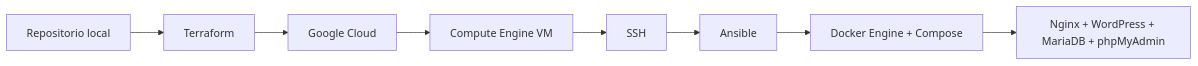
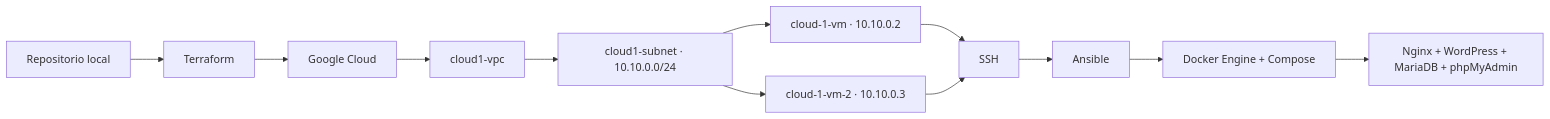
The first of 3 diagrams in README.md (Augustojrl92/cloud-1), drawn with Mermaid before and after one commit. The commit also changed other lines of this file, not shown here.

Commit message:
docs: update README with custom VPC

````diff
--- a/README.md
+++ b/README.md
@@ -15,10 +16,14 @@
 ```mermaid
 flowchart LR
     Repo["Repositorio local"] --> TF["Terraform"]
     TF --> GCP["Google Cloud"]
-    GCP --> VM["Compute Engine VM"]
-    VM --> SSH["SSH"]
+    GCP --> VPC["cloud1-vpc"]
+    VPC --> SUBNET["cloud1-subnet · 10.10.0.0/24"]
+    SUBNET --> VM1["cloud-1-vm · 10.10.0.2"]
+    SUBNET --> VM2["cloud-1-vm-2 · 10.10.0.3"]
+    VM1 --> SSH["SSH"]
+    VM2 --> SSH
     SSH --> Ansible["Ansible"]
     Ansible --> Docker["Docker Engine + Compose"]
     Docker --> App["Nginx + WordPress + MariaDB + phpMyAdmin"]
 ```
````
